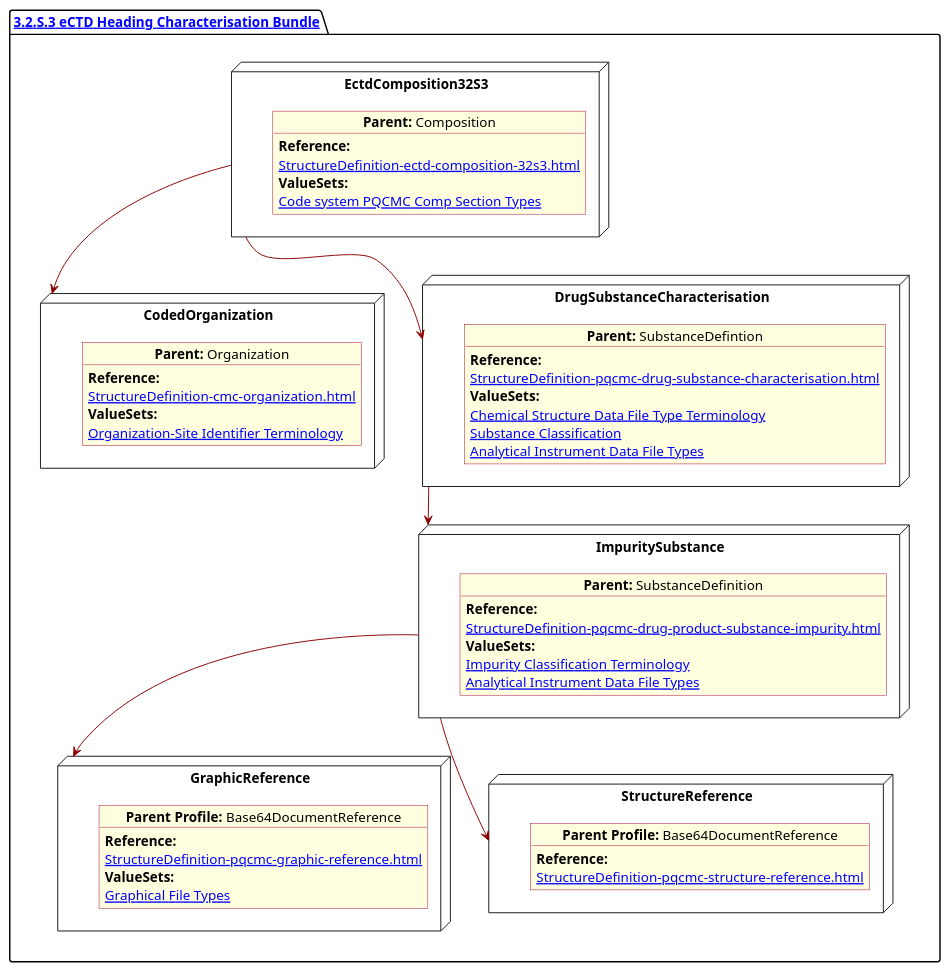
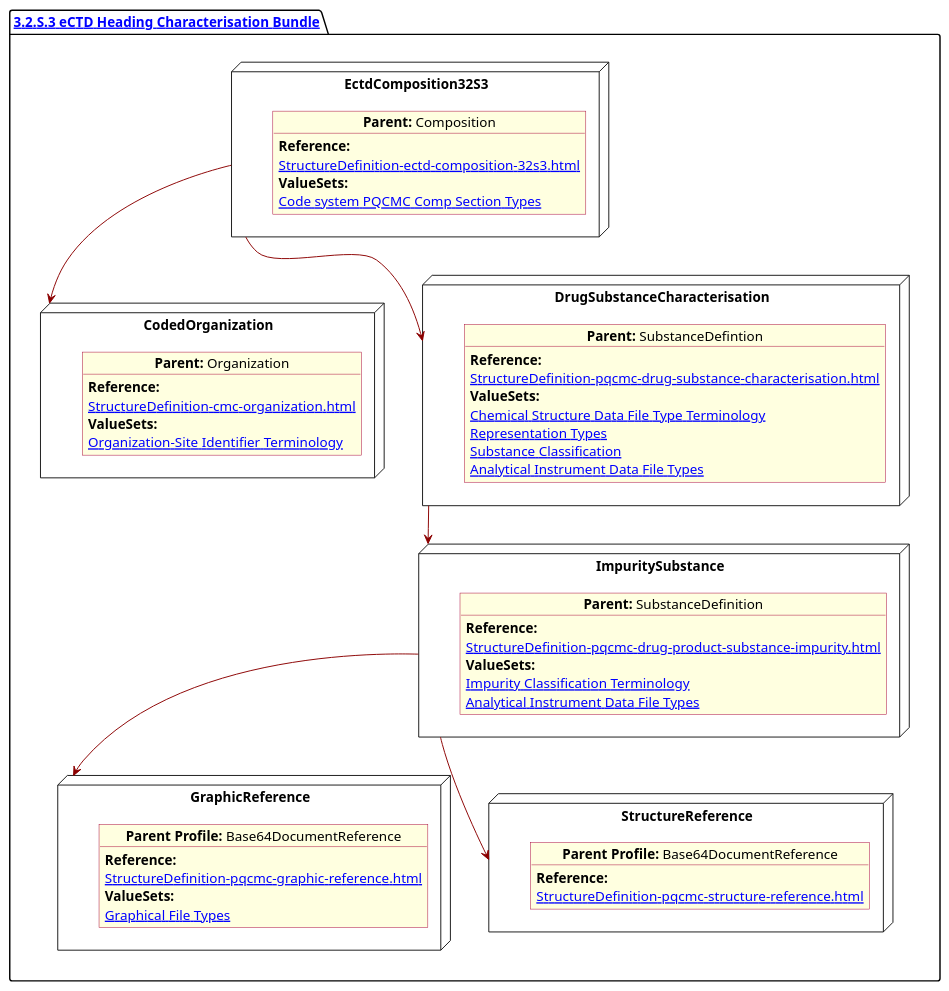
The diagram in input/images-source/SubstanceImpurity.plantuml (HL7/FHIR-us-pq-cmc-fda), drawn with PlantUML before and after one commit. The commit also changed 20 other files, not shown here.

Commit message:
Edits to diagrams and last review of stage 1

```diff
--- a/input/images-source/SubstanceImpurity.plantuml
+++ b/input/images-source/SubstanceImpurity.plantuml
@@ -1,78 +1,79 @@
 @startuml SubstanceImpurity
 allowmixing
 'Mixed model of use case and object
 skinparam svgDimensionStyle false
 skinparam ObjectBackgroundColor LightYellow
 skinparam ObjectBorderColor #A80036
 skinparam activityDiamondBorderColor #A80036
 skinparam activityDiamondBackgroundColor lawnGreen
 skinparam ClassBorderThickness 4
 
 package "[[StructureDefinition-cmc-ectd-document-32s3.html 3.2.S.3 eCTD Heading Characterisation Bundle]]" as NODES {
 
   node "EctdComposition32S3" as N1 {
 
     object "**Parent:** Composition" as obj1 {
       **Reference:**
       [[StructureDefinition-ectd-composition-32s3.html]]
       **ValueSets:**
       [[ValueSet-cmc-comp-section-types-vs.html Code system PQCMC Comp Section Types]]
     }
   }
   node "CodedOrganization" as NSO {
 
     object "**Parent:** Organization" as objAu {
       **Reference:**
       [[StructureDefinition-cmc-organization.html]]
       **ValueSets:**
       [[ValueSet-pqcmc-org-identifier-type-terminology.html Organization-Site Identifier Terminology]]
     }
   }
 
   node "DrugSubstanceCharacterisation" as NN {
 
     object "**Parent:** SubstanceDefintion" as obj3 {
 
       **Reference:**
       [[StructureDefinition-pqcmc-drug-substance-characterisation.html]]
       **ValueSets:**
       [[ValueSet-pqcmc-chemical-structure-datafile-type-terminology.html Chemical Structure Data File Type Terminology]]
+      [[ValueSet-pqcmc-representation-types.html Representation Types]]
       [[ValueSet-substance-classification.html Substance Classification]]
       [[ValueSet-pqcmc-analytical-instrument-data-types.html Analytical Instrument Data File Types]]
     }
   }
 
   node "ImpuritySubstance" as N6 {
 
     object "**Parent:** SubstanceDefinition" as obj2 {
       **Reference:**
       [[StructureDefinition-pqcmc-drug-product-substance-impurity.html]]
       **ValueSets:**
       [[ValueSet-pqcmc-impurity-classification-terminology.html Impurity Classification Terminology]]
       [[ValueSet-pqcmc-analytical-instrument-data-types.html Analytical Instrument Data File Types]]
     }
   }
   node "GraphicReference" as NB64 {
 
     object "**Parent Profile:** Base64DocumentReference"  as obj64 {
       **Reference:**
       [[StructureDefinition-pqcmc-graphic-reference.html]]
       **ValueSets:**
       [[ValueSet-pqcmc-graphical-file-types.html Graphical File Types]]
     }
   }
   node "StructureReference" as NBstruc {
 
     object "**Parent Profile:** Base64DocumentReference"  as objb64 {
       **Reference:**
       [[StructureDefinition-pqcmc-structure-reference.html]]
     }
   }
 
   N1 -[#darkred]-> NSO
   NN -[#darkred]-> N6
   N1 -[#darkred]-> NN
   N6 -[#darkred]-> NB64
   N6 -[#darkred]-> NBstruc
 }
 @enduml
```
